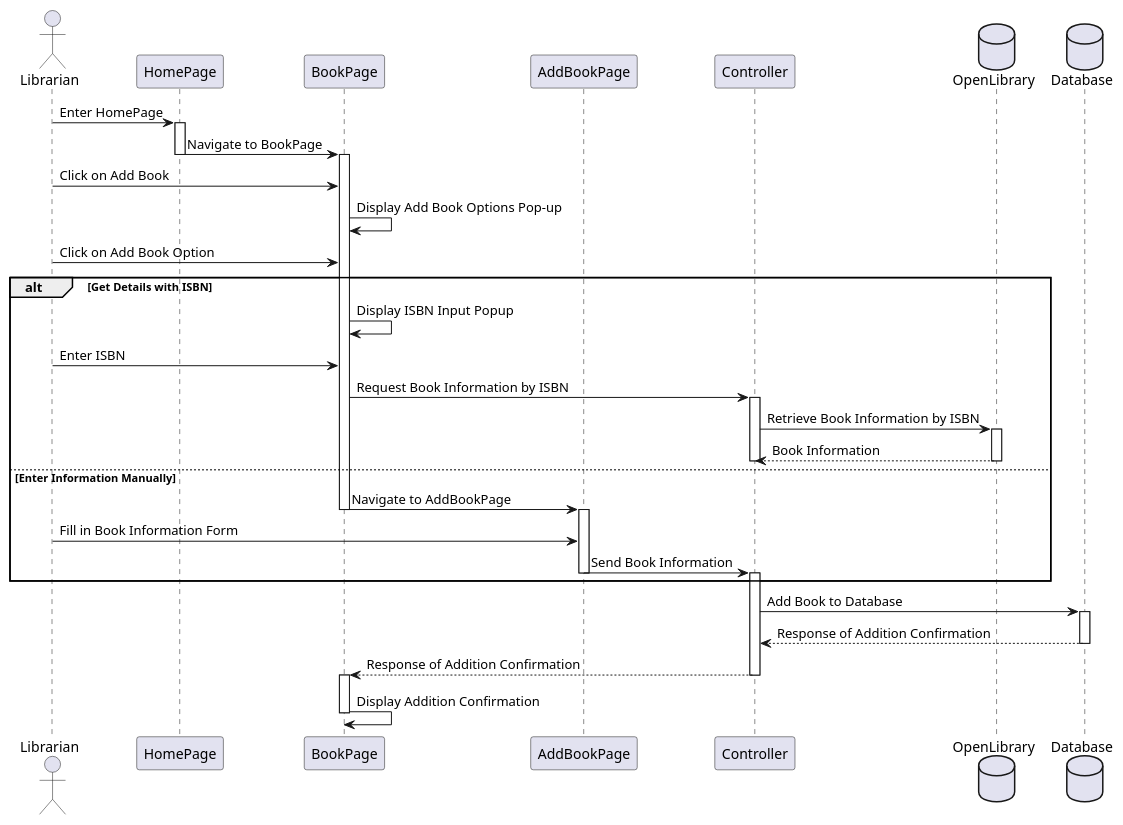
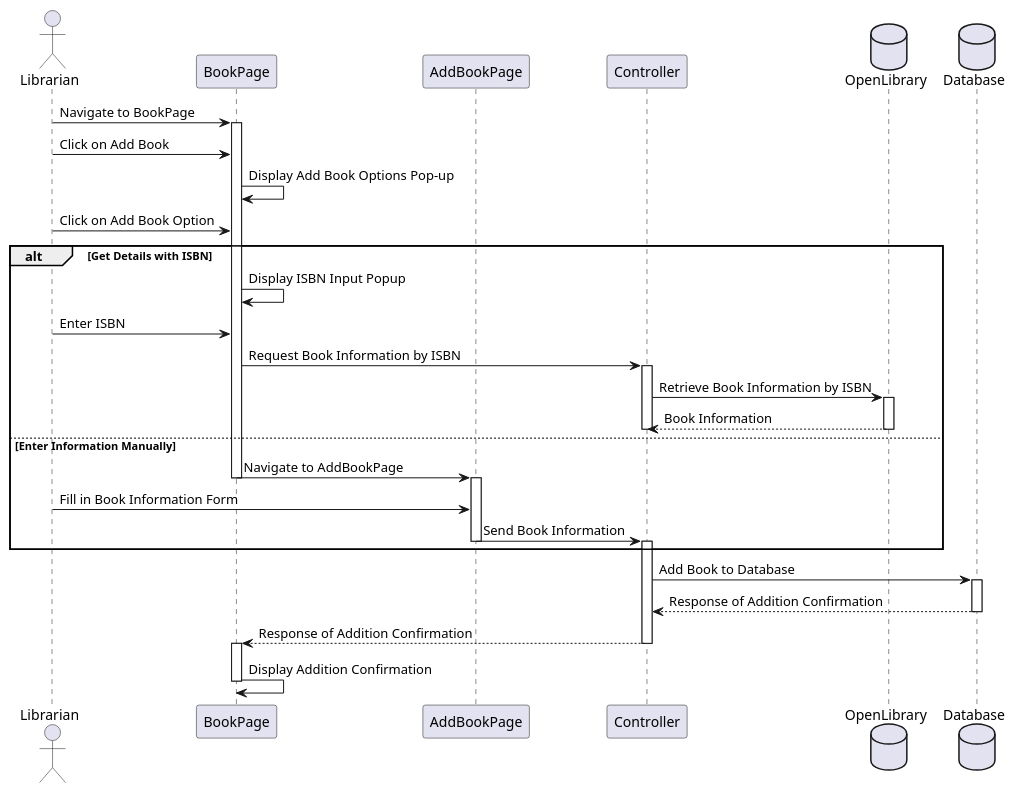
The diagram in docs/umlDiagrams/Sequence Diagrams/AddBook.puml (bartucank/mlm), drawn with PlantUML before and after one commit. The commit also changed 24 other files, not shown here.

```diff
--- a/docs/umlDiagrams/Sequence Diagrams/AddBook.puml
+++ b/docs/umlDiagrams/Sequence Diagrams/AddBook.puml
@@ -1,60 +1,57 @@
 @startuml AddBook
 actor Librarian
-participant HomePage as HomePage
 participant BookPage as BookPage
 participant AddBookPage as AddBookPage
 participant Controller as Controller
 database OpenLibrary
 database Database
 
-Librarian -> HomePage: Enter HomePage
-activate HomePage
 
-HomePage -> BookPage: Navigate to BookPage
-deactivate HomePage
+Librarian -> BookPage: Navigate to BookPage
+
 activate BookPage
 
 Librarian -> BookPage: Click on Add Book
 BookPage -> BookPage: Display Add Book Options Pop-up
 Librarian -> BookPage: Click on Add Book Option
 
 alt Get Details with ISBN
     BookPage -> BookPage: Display ISBN Input Popup
     Librarian -> BookPage: Enter ISBN
     BookPage -> Controller: Request Book Information by ISBN
     activate Controller
 
     Controller -> OpenLibrary: Retrieve Book Information by ISBN
     activate OpenLibrary
 
     OpenLibrary --> Controller:  Book Information
     deactivate OpenLibrary
     deactivate Controller
     
 else Enter Information Manually
     BookPage -> AddBookPage: Navigate to AddBookPage
     deactivate BookPage
     activate AddBookPage
 
     Librarian -> AddBookPage: Fill in Book Information Form
     AddBookPage -> Controller: Send Book Information
     deactivate AddBookPage
     activate Controller
 
     
 end
 
 Controller -> Database: Add Book to Database
 activate Database
 
 Database --> Controller: Response of Addition Confirmation
 deactivate Database
 
 
 Controller --> BookPage: Response of Addition Confirmation
 deactivate Controller
 activate BookPage
 
 BookPage -> BookPage: Display Addition Confirmation
 deactivate BookPage
 @enduml
```
